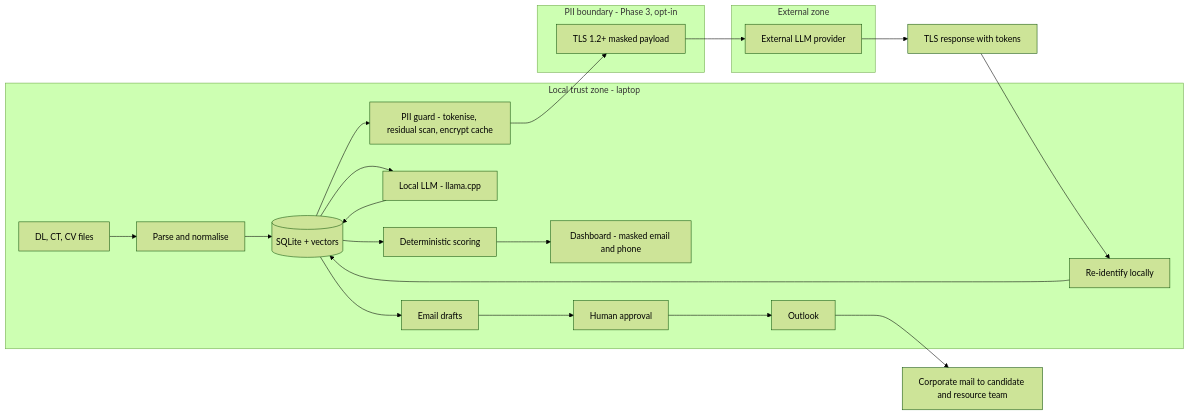
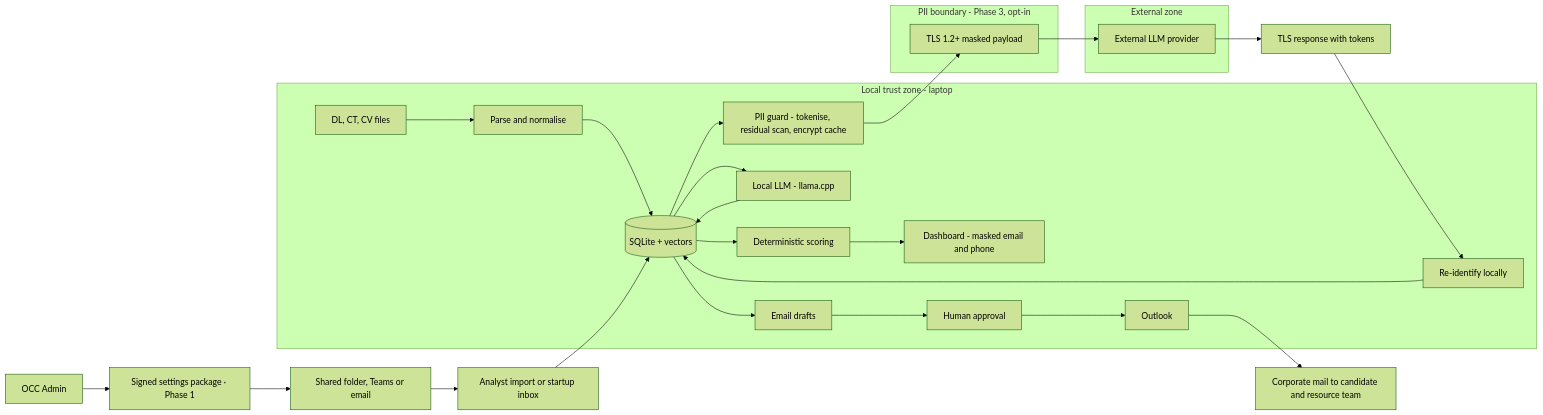
Before and after one commit to Cognition-Partner-Workshops/PerfectFitCandidate: the sixth of 9 diagrams in PFC/docs/ARCHITECTURE.md, drawn with Mermaid (forest theme). The commit also changed other lines of this file and 10 other files, not shown here.

````diff
--- a/PFC/docs/ARCHITECTURE.md
+++ b/PFC/docs/ARCHITECTURE.md
@@ -294,27 +297,31 @@
 ```mermaid
 flowchart LR
     subgraph LOCAL["Local trust zone - laptop"]
         IN["DL, CT, CV files"] --> NORM["Parse and normalise"]
         NORM --> STORE[("SQLite + vectors")]
         STORE --> SCORE["Deterministic scoring"]
         SCORE --> UI["Dashboard - masked email and phone"]
         STORE --> LOC["Local LLM - llama.cpp"]
         LOC --> STORE
         STORE --> DRAFT["Email drafts"]
         DRAFT --> APPROVE["Human approval"]
         APPROVE --> OUTL["Outlook"]
         STORE --> GUARD["PII guard - tokenise, residual scan, encrypt cache"]
         REID["Re-identify locally"] --> STORE
     end
     subgraph BOUNDARY["PII boundary - Phase 3, opt-in"]
         TLS["TLS 1.2+ masked payload"]
     end
     subgraph EXTERNAL["External zone"]
         EXT["External LLM provider"]
     end
     GUARD --> TLS
     TLS --> EXT
     EXT --> TLS2["TLS response with tokens"]
     TLS2 --> REID
     OUTL --> MAILX["Corporate mail to candidate and resource team"]
+    ADM["OCC Admin"] --> PKG["Signed settings package · Phase 1"]
+    PKG --> SHARE["Shared folder, Teams or email"]
+    SHARE --> IMPORT["Analyst import or startup inbox"]
+    IMPORT --> STORE
 ```
````
